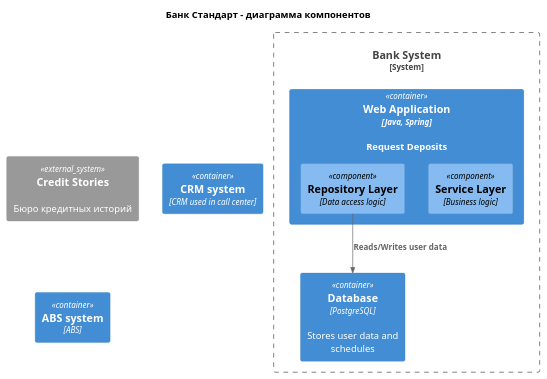
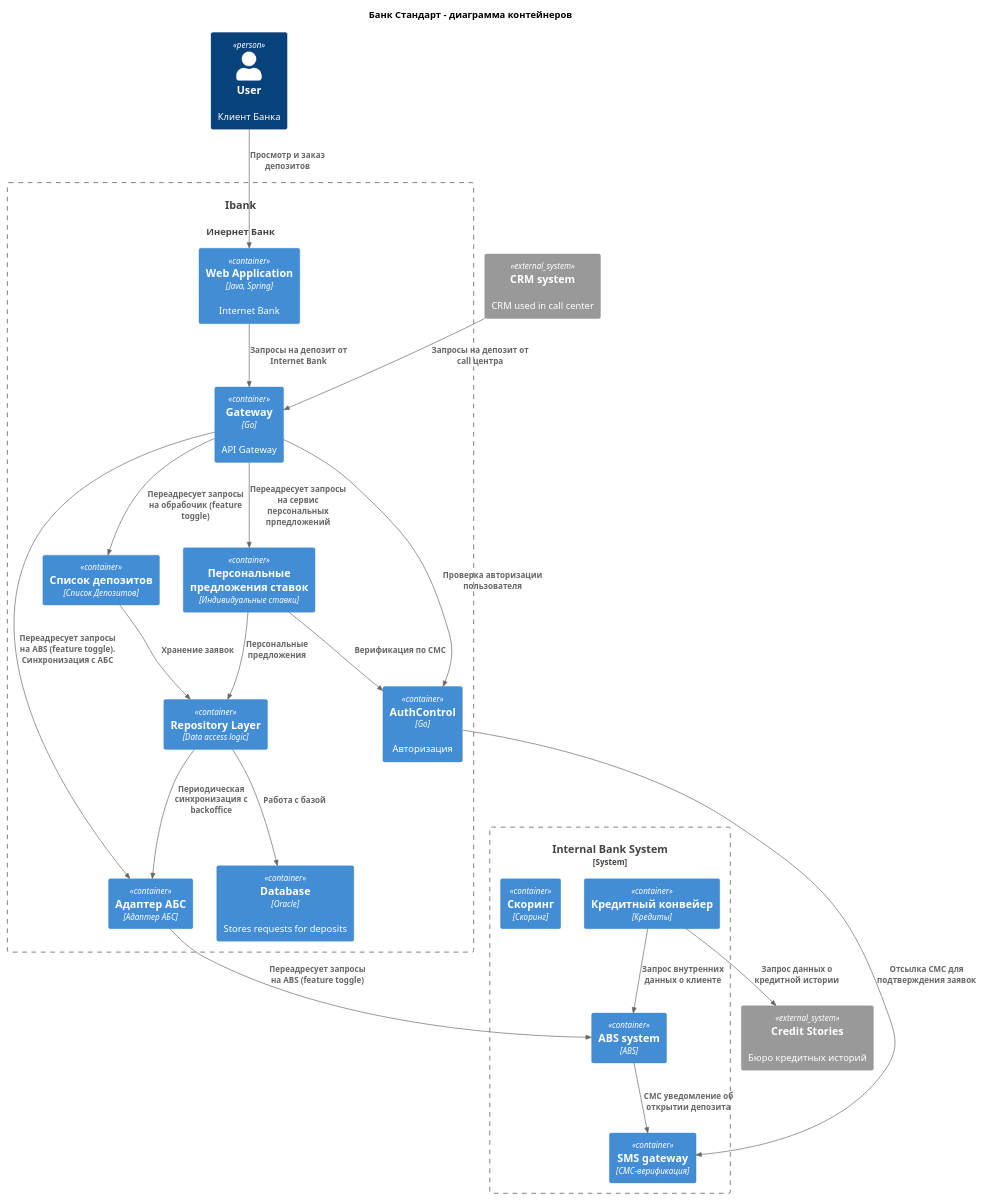
One commit to maximp-gh/architecture-pro-standart changed the diagram in Task3/containers.puml. Above: the diagram before and after it, drawn with PlantUML. The commit also changed 3 other files, not shown here.

```diff
--- a/Task3/containers.puml
+++ b/Task3/containers.puml
@@ -1,25 +1,58 @@
 @startuml
-title Банк Стандарт - диаграмма компонентов
+title Банк Стандарт - диаграмма контейнеров
 
 top to bottom direction
 
 !includeurl https://raw.githubusercontent.com/RicardoNiepel/C4-PlantUML/master/C4_Component.puml
 
+
+Person(User, "User", "Клиент Банка")
+
+System(Ibank, "Ibank", "Инернет Банк")
+
 System_Boundary(Ibank, "Bank System") {
-  Container(WebApp, "Web Application", "Java, Spring", "Request Deposits")
-  Container(Database, "Database", "PostgreSQL", "Stores user data and schedules")
+  Container(WebApp, "Web Application", "Java, Spring", "Internet Bank")
+  Container(Database, "Database", "Oracle", "Stores requests for deposits")
+  
+  Container(Proxy, "Gateway", "Go", "API Gateway")
+
+  Container(RepositoryLayer, "Repository Layer", "Data access logic")
+
+  Container(AuthControl, "AuthControl", "Go", "Авторизация")
+  Container(DepositList, "Список депозитов", "Список Депозитов")
+  Container(Offers, "Персональные предложения ставок", "Индивидуальные ставки")
+  Container(ABSAdapter, "Адаптер АБС", "Адаптер АБС")
+
+}
+
+
+System_Boundary(LegacyBank, "Internal Bank System") {
+  Container(SMS, "SMS gateway", "СМС-верификация")
+  Container(ABS, "ABS system", "ABS")
+  Container(CreditPipeline, "Кредитный конвейер", "Кредиты")
+  Container(Scoring, "Скоринг", "Скоринг")
 }
 
 System_Ext(buero, "Credit Stories", "Бюро кредитных историй")
-
-Container(WebApp, "Web Application", "Java, Spring") {
-  Component(ServiceLayer, "Service Layer", "Business logic")
-  Component(RepositoryLayer, "Repository Layer", "Data access logic")
-}
-
-Container(CRM, "CRM system", "CRM used in call center")
-Container(ABS, "ABS system", "ABS")
+System_Ext(CRM, "CRM system", "CRM used in call center")
 
 
-Rel(RepositoryLayer,Database,"Reads/Writes user data")
+Rel(User, WebApp, "Просмотр и заказ депозитов")
+Rel(CRM, Proxy, "Запросы на депозит от call центра")
+Rel(WebApp, Proxy, "Запросы на депозит от Internet Bank")
+Rel(Proxy, AuthControl, "Проверка авторизации пользователя")
+Rel(Offers, AuthControl, "Верификация по СМС")
+Rel(Proxy, Offers, "Переадресует запросы на сервис персональных прпедложений")
+Rel(Proxy, DepositList, "Переадресует запросы на обрабочик (feature toggle)")
+Rel(Proxy, ABSAdapter, "Переадресует запросы на ABS (feature toggle). Синхронизация с АБС")
+Rel(ABSAdapter, ABS, "Переадресует запросы на ABS (feature toggle)")
+Rel(ABS, SMS, "СМС уведомление об открытии депозита")
+
+Rel(Offers, RepositoryLayer, "Персональные предложения")
+Rel(DepositList, RepositoryLayer, "Хранение заявок")
+Rel(AuthControl, SMS, "Отсылка СМС для подтверждения заявок")
+Rel(RepositoryLayer, ABSAdapter, "Периодическая синхронизация с backoffice")
+Rel(RepositoryLayer,Database,"Работа с базой")
+Rel(CreditPipeline, buero, "Запрос данных о кредитной истории")
+Rel(CreditPipeline, ABS,"Запрос внутренних данных о клиенте")
 @enduml
```
